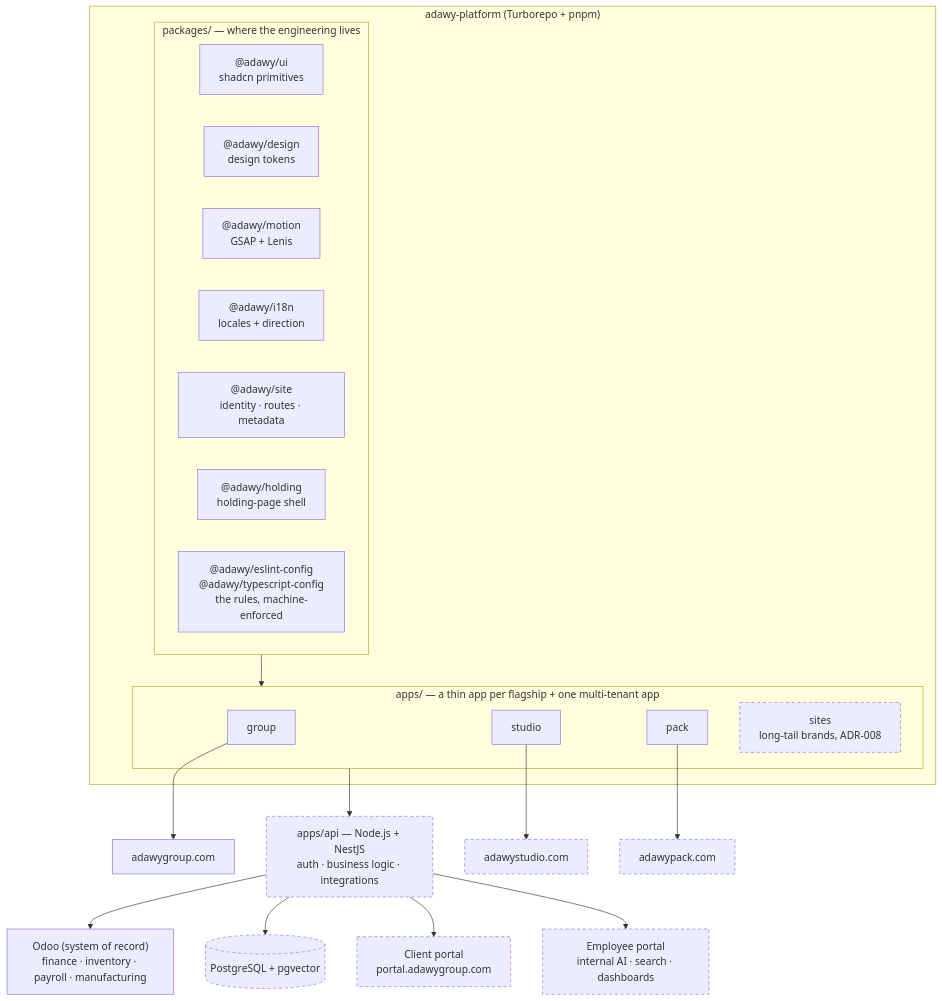
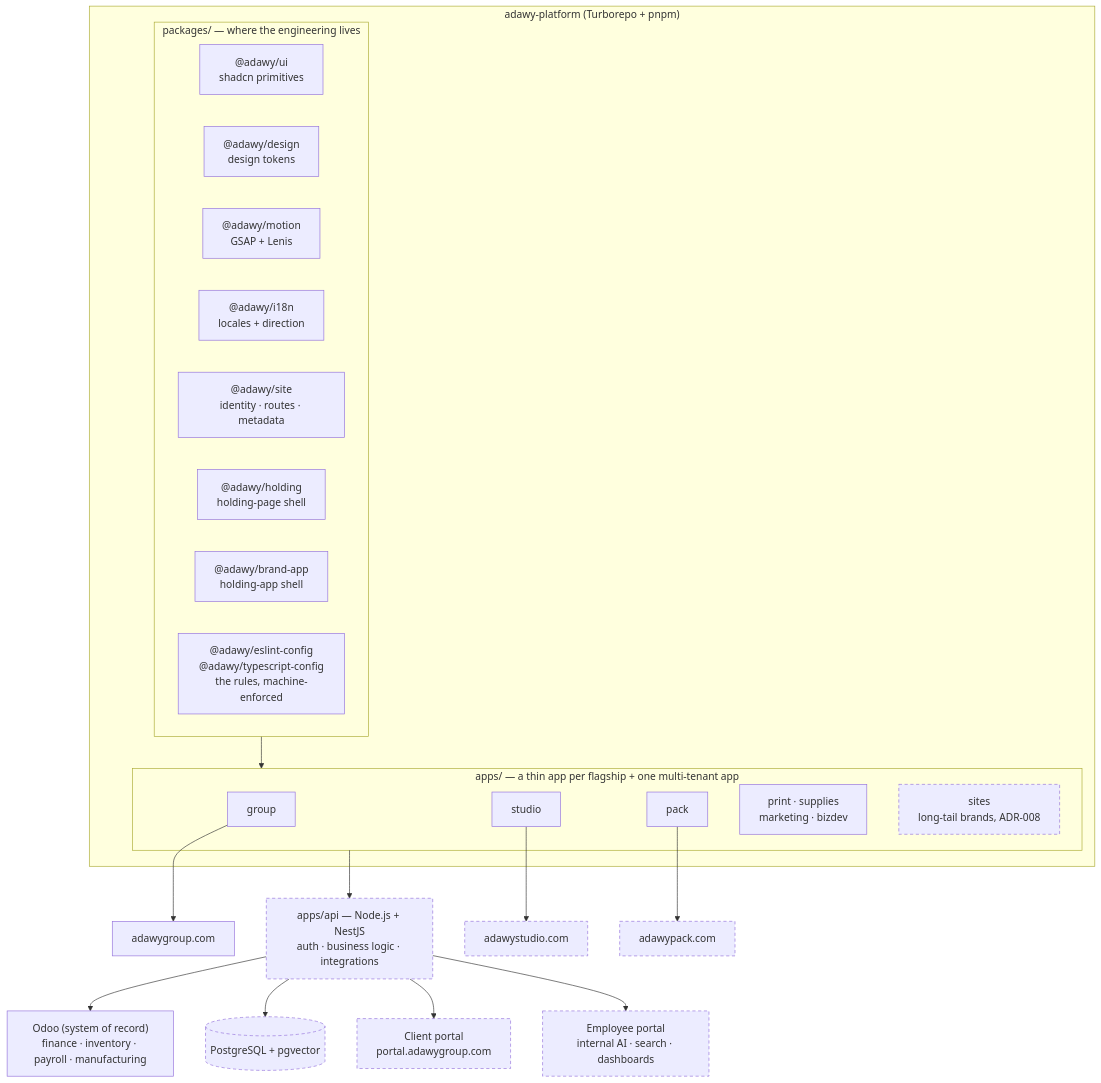
The diagram in content/architecture/index.mdx (Adawy-Group/adawy-technical-docs), drawn with Mermaid before and after one commit. The commit also changed other lines of this file and 34 other files, not shown here.

````diff
--- a/content/architecture/index.mdx
+++ b/content/architecture/index.mdx
@@ -17,32 +17,34 @@
 ```mermaid
 flowchart TD
     subgraph MONO["adawy-platform (Turborepo + pnpm)"]
         subgraph PKGS["packages/ — where the engineering lives"]
             UI["@adawy/ui<br/>shadcn primitives"]
             TW["@adawy/design<br/>design tokens"]
             MO["@adawy/motion<br/>GSAP + Lenis"]
             IN["@adawy/i18n<br/>locales + direction"]
             SEOP["@adawy/site<br/>identity · routes · metadata"]
             UT["@adawy/holding<br/>holding-page shell"]
+            BA["@adawy/brand-app<br/>holding-app shell"]
             LINT["@adawy/eslint-config<br/>@adawy/typescript-config<br/>the rules, machine-enforced"]
         end
         subgraph APPS["apps/ — a thin app per flagship + one multi-tenant app"]
             G["group"]
             S["studio"]
             P["pack"]
+            H["print · supplies<br/>marketing · bizdev"]
             N["sites<br/>long-tail brands, ADR-008"]
         end
         PKGS --> APPS
     end
     G --> DG["adawygroup.com"]
     S --> DS["adawystudio.com"]
     P --> DP["adawypack.com"]
     APPS --> BE["apps/api — Node.js + NestJS<br/>auth · business logic · integrations"]
     BE --> ODOO["Odoo (system of record)<br/>finance · inventory · payroll · manufacturing"]
     BE --> DB[("PostgreSQL + pgvector")]
     BE --> PORTAL["Client portal<br/>portal.adawygroup.com"]
     BE --> EMP["Employee portal<br/>internal AI · search · dashboards"]
 
     classDef planned stroke-dasharray: 5 4;
     class N,BE,DB,PORTAL,EMP,DS,DP planned;
 ```
````
